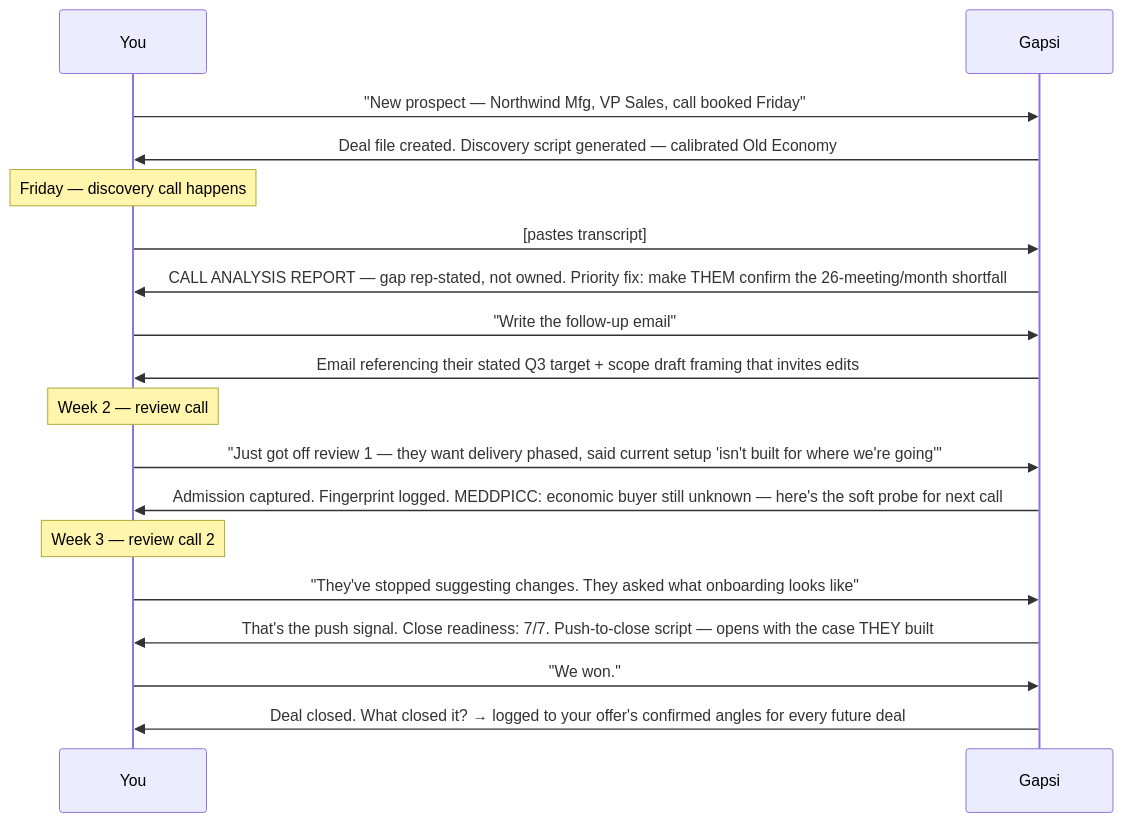
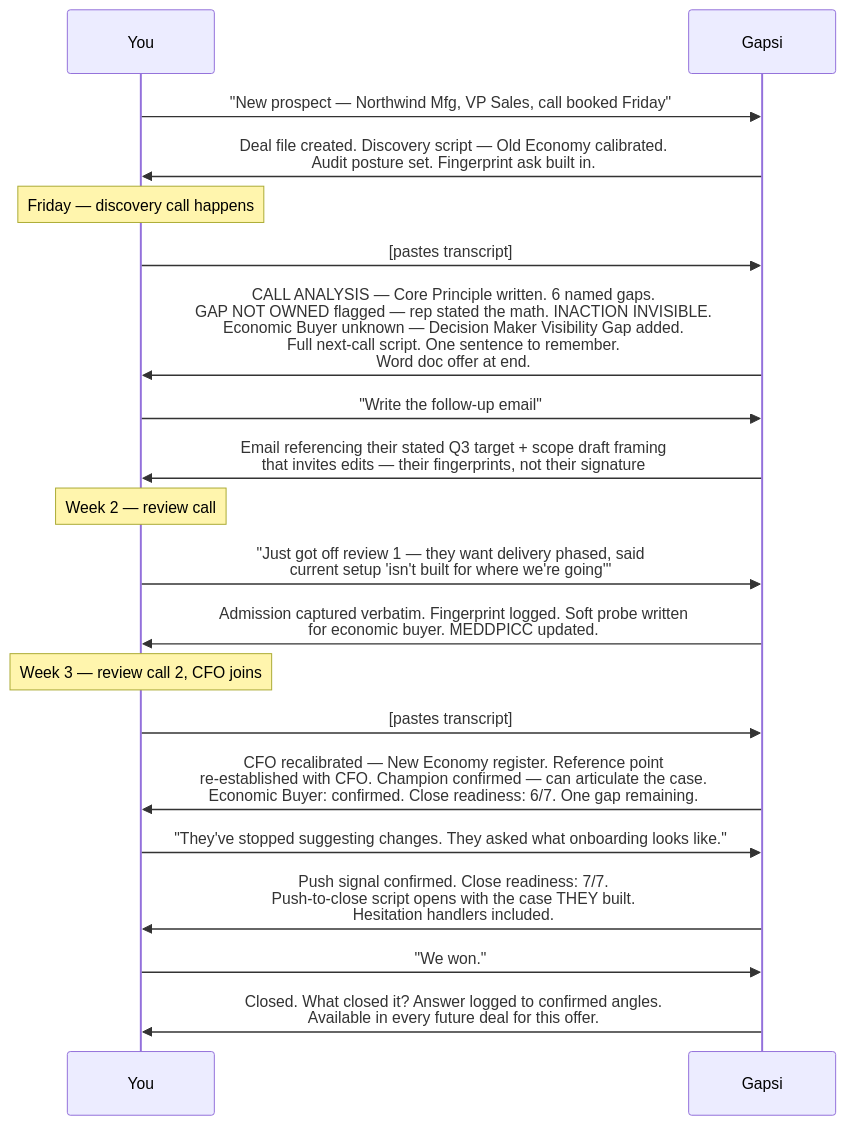
Before and after one commit to termsheetinator/gapsi-agent: diagram 11 of 13 in README.md, drawn with Mermaid. The commit also changed other lines of this file, not shown here.

Commit message:
v2.4.0 — full README rewrite: 9-section report format, Old/New Economy calibration, enterprise cycle, MEDDPICC gap escalation, five-frame rotation, Word doc output, 8 modes

````diff
--- a/README.md
+++ b/README.md
@@ -322,20 +454,22 @@
 ```mermaid
 sequenceDiagram
     participant You
     participant G as Gapsi
     You->>G: "New prospect — Northwind Mfg, VP Sales, call booked Friday"
-    G->>You: Deal file created. Discovery script generated — calibrated Old Economy
+    G->>You: Deal file created. Discovery script — Old Economy calibrated.<br/>Audit posture set. Fingerprint ask built in.
     Note over You: Friday — discovery call happens
     You->>G: [pastes transcript]
-    G->>You: CALL ANALYSIS REPORT — gap rep-stated, not owned. Priority fix: make THEM confirm the 26-meeting/month shortfall
+    G->>You: CALL ANALYSIS — Core Principle written. 6 named gaps.<br/>GAP NOT OWNED flagged — rep stated the math. INACTION INVISIBLE.<br/>Economic Buyer unknown — Decision Maker Visibility Gap added.<br/>Full next-call script. One sentence to remember.<br/>Word doc offer at end.
     You->>G: "Write the follow-up email"
-    G->>You: Email referencing their stated Q3 target + scope draft framing that invites edits
+    G->>You: Email referencing their stated Q3 target + scope draft framing<br/>that invites edits — their fingerprints, not their signature
     Note over You: Week 2 — review call
-    You->>G: "Just got off review 1 — they want delivery phased, said current setup 'isn't built for where we're going'"
-    G->>You: Admission captured. Fingerprint logged. MEDDPICC: economic buyer still unknown — here's the soft probe for next call
-    Note over You: Week 3 — review call 2
-    You->>G: "They've stopped suggesting changes. They asked what onboarding looks like"
-    G->>You: That's the push signal. Close readiness: 7/7. Push-to-close script — opens with the case THEY built
+    You->>G: "Just got off review 1 — they want delivery phased, said<br/>current setup 'isn't built for where we're going'"
+    G->>You: Admission captured verbatim. Fingerprint logged. Soft probe written<br/>for economic buyer. MEDDPICC updated.
+    Note over You: Week 3 — review call 2, CFO joins
+    You->>G: [pastes transcript]
+    G->>You: CFO recalibrated — New Economy register. Reference point<br/>re-established with CFO. Champion confirmed — can articulate the case.<br/>Economic Buyer: confirmed. Close readiness: 6/7. One gap remaining.
+    You->>G: "They've stopped suggesting changes. They asked what onboarding looks like."
+    G->>You: Push signal confirmed. Close readiness: 7/7.<br/>Push-to-close script opens with the case THEY built.<br/>Hesitation handlers included.
     You->>G: "We won."
-    G->>You: Deal closed. What closed it? → logged to your offer's confirmed angles for every future deal
+    G->>You: Closed. What closed it? Answer logged to confirmed angles.<br/>Available in every future deal for this offer.
 ```
````
